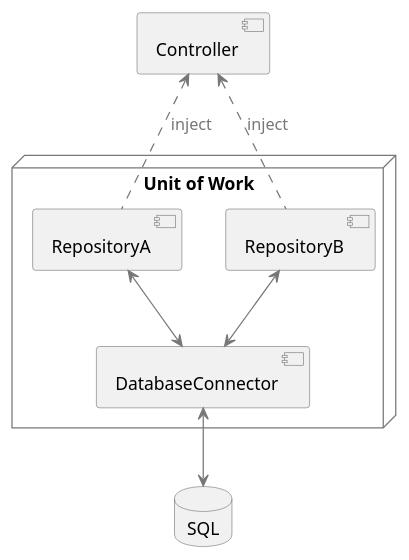
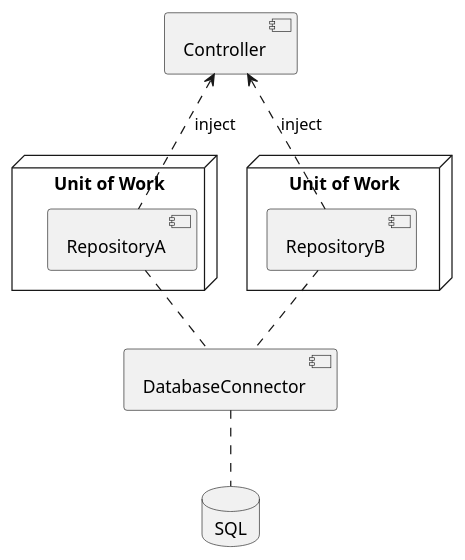
One commit to huntertran/concordia-thesis-topic changed the diagram in justifications/PostPutPatchReturn/repository.puml. Above: the diagram before and after it, drawn with PlantUML. The commit also changed 8 other files, not shown here.

Commit message:
update diagrams

```diff
--- a/justifications/PostPutPatchReturn/repository.puml
+++ b/justifications/PostPutPatchReturn/repository.puml
@@ -1,45 +1,48 @@
 @startuml repository
 
 ' 777
 ' ff7b72
 ' FF4500
 ' background 0D1117
 
-skinparam backgroundColor transparent
+' skinparam backgroundColor transparent
 
-skinparam ArrowColor #777
-skinparam ArrowFontColor #777
-skinparam PackageBorderColor #777
-skinparam PackageFontColor #777
+' skinparam ArrowColor #777
+' skinparam ArrowFontColor #777
+' skinparam PackageBorderColor #777
+' skinparam PackageFontColor #777
 
-' skinparam ComponentBackgroundColor transparent
-' skinparam ComponentFontColor #777
-skinparam ComponentBorderColor #777
-' skinparam DatabaseBackgroundColor transparent
-' skinparam DatabaseFontColor #777
-skinparam DatabaseBorderColor #777
+' ' skinparam ComponentBackgroundColor transparent
+' ' skinparam ComponentFontColor #777
+' skinparam ComponentBorderColor #777
+' ' skinparam DatabaseBackgroundColor transparent
+' ' skinparam DatabaseFontColor #777
+' skinparam DatabaseBorderColor #777
 
 hide empty members
+' allow_mixing
 
 component Controller
 
-node uow as "Unit of Work" {
+node uow1 as "Unit of Work" {
     component RepositoryA
+}
 
+node uow2 as "Unit of Work" {
     component RepositoryB
+}
 
-    component DatabaseConnector
-}
+component DatabaseConnector
 
 
 database SQL
 
 
 Controller <.. RepositoryA : inject
 Controller <.. RepositoryB : inject
-RepositoryA <--> DatabaseConnector
-RepositoryB <--> DatabaseConnector
-DatabaseConnector <--> SQL
+RepositoryA .. DatabaseConnector
+RepositoryB .. DatabaseConnector
+DatabaseConnector .. SQL
 
 
 @enduml
```
